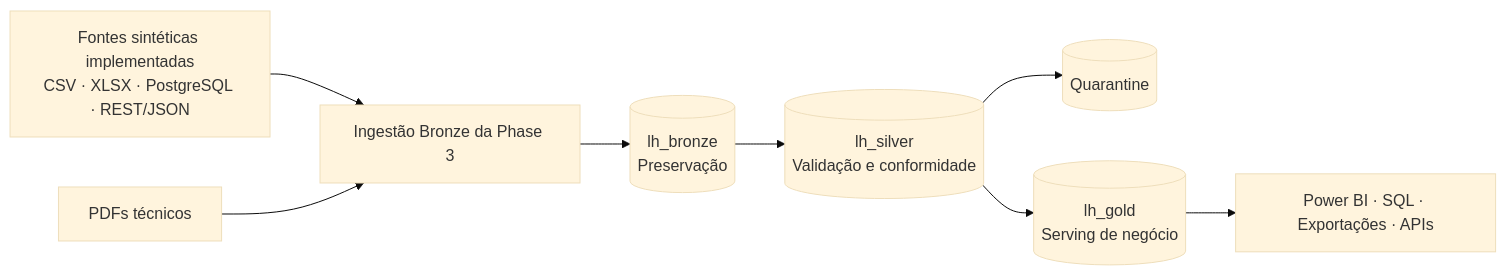
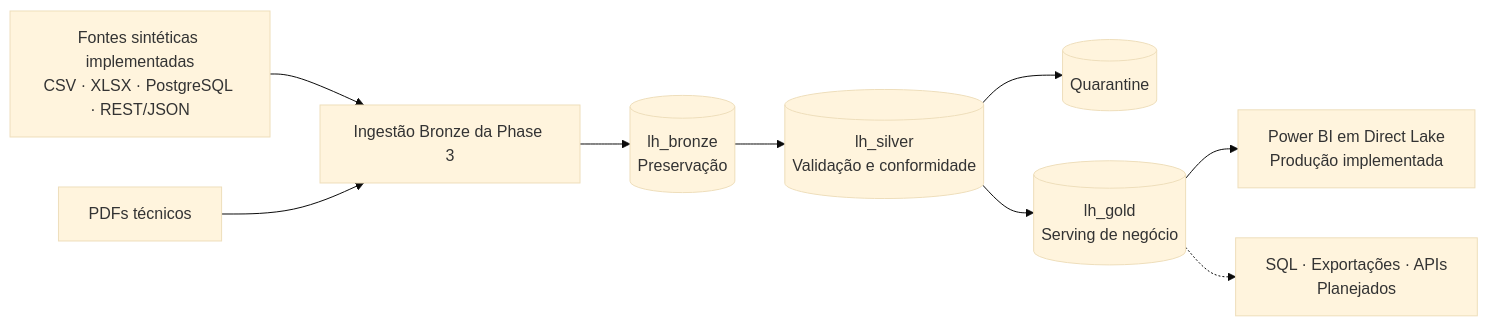
One commit to LuidiC/industrial-data-platform changed the diagram in README.md. Above: the diagram before and after it, drawn with Mermaid (base theme). The commit also changed other lines of this file and 5 other files, not shown here.

````diff
--- a/README.md
+++ b/README.md
@@ -100,10 +113,11 @@
 ```mermaid
 flowchart LR
     SOURCES[Fontes sintéticas implementadas<br/>CSV · XLSX · PostgreSQL · REST/JSON] --> INGEST[Ingestão Bronze da Phase 3]
     INGEST --> BRONZE[(lh_bronze<br/>Preservação)]
     PDF[PDFs técnicos] --> INGEST
     BRONZE --> SILVER[(lh_silver<br/>Validação e conformidade)]
     SILVER --> QUARANTINE[(Quarantine)]
     SILVER --> GOLD[(lh_gold<br/>Serving de negócio)]
-    GOLD --> CONSUMERS[Power BI · SQL · Exportações · APIs]
+    GOLD --> POWERBI[Power BI em Direct Lake<br/>Produção implementada]
+    GOLD -.-> CONSUMERS[SQL · Exportações · APIs<br/>Planejados]
 ```
````
